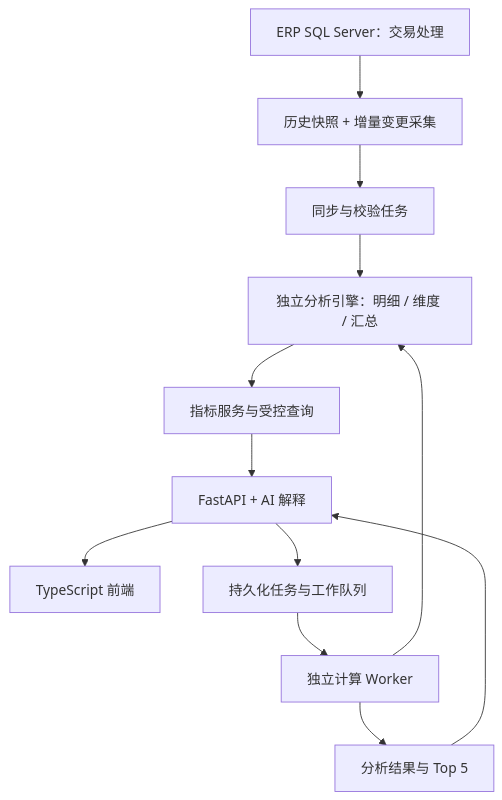
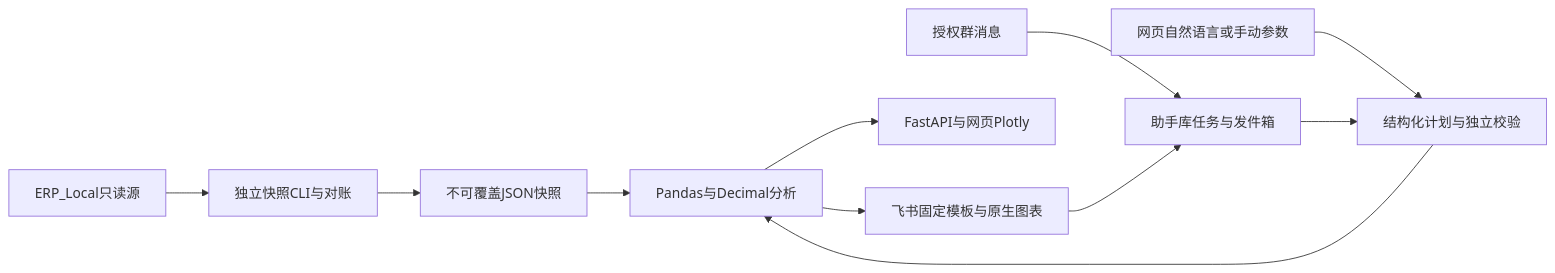
Before and after one commit to lihongfei1219/erp-ai-assistant: the diagram in docs/erp-ai-assistant-plan.md, drawn with Mermaid. The commit also changed other lines of this file and 89 other files, not shown here.

````diff
--- a/docs/erp-ai-assistant-plan.md
+++ b/docs/erp-ai-assistant-plan.md
@@ -287,14 +9,13 @@
 ```mermaid
-flowchart TD
-  A[ERP SQL Server：交易处理] --> B[历史快照 + 增量变更采集]
-  B --> C[同步与校验任务]
-  C --> D[独立分析引擎：明细 / 维度 / 汇总]
-  D --> E[指标服务与受控查询]
-  E --> F[FastAPI + AI 解释]
-  F --> G[TypeScript 前端]
-  F --> H[持久化任务与工作队列]
-  H --> I[独立计算 Worker]
-  I --> D
-  I --> J[分析结果与 Top 5]
-  J --> F
+flowchart LR
+    ERP[ERP_Local只读源] --> CLI[独立快照CLI与对账]
+    CLI --> Snapshot[不可覆盖JSON快照]
+    Web[网页自然语言或手动参数] --> Plan[结构化计划与独立校验]
+    Feishu[授权群消息] --> Jobs[助手库任务与发件箱]
+    Jobs --> Plan
+    Plan --> Compute[Pandas与Decimal分析]
+    Snapshot --> Compute
+    Compute --> API[FastAPI与网页Plotly]
+    Compute --> Cards[飞书固定模板与原生图表]
+    Cards --> Jobs
 ```
````
